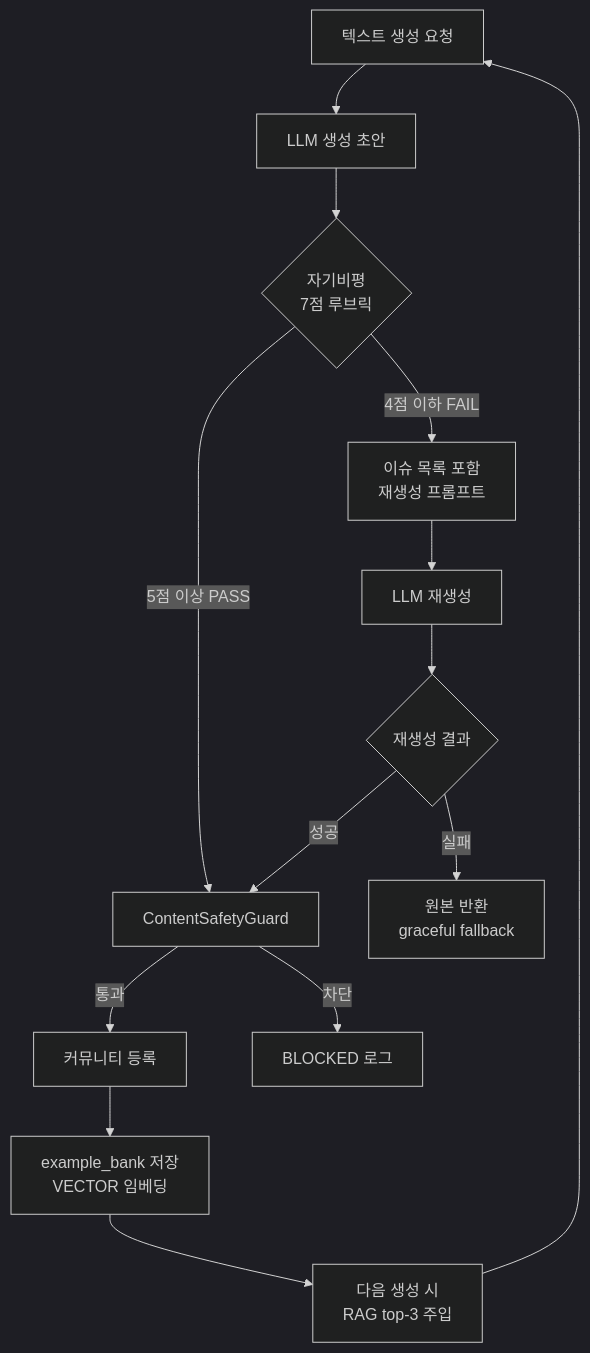
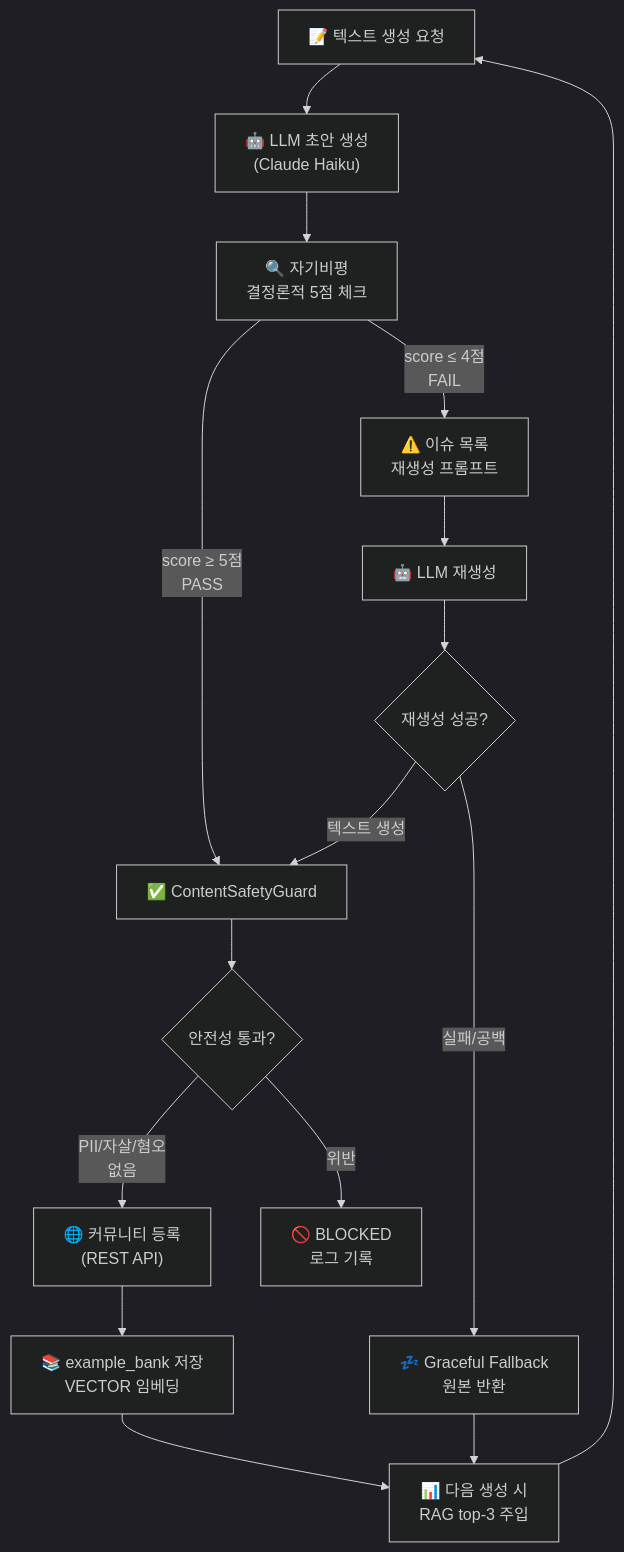
The third of 5 diagrams in ai-user/docs/architecture.md (Justant-source/Again-Spring), drawn with Mermaid (dark theme) before and after one commit. The commit also changed other lines of this file and 45 other files, not shown here.

First line of the commit message:
feat: AI 유저 시스템 — Claude API 연동·prod 오케스트레이터·prod→dev DB 동기화

````diff
--- a/ai-user/docs/architecture.md
+++ b/ai-user/docs/architecture.md
@@ -89,16 +100,18 @@
 ```mermaid
 flowchart TD
-    A[텍스트 생성 요청] --> B[LLM 생성 초안]
-    B --> C{자기비평\n7점 루브릭}
-    C -->|5점 이상 PASS| D[ContentSafetyGuard]
-    C -->|4점 이하 FAIL| E[이슈 목록 포함\n재생성 프롬프트]
-    E --> F[LLM 재생성]
-    F --> G{재생성 결과}
-    G -->|성공| D
-    G -->|실패| H[원본 반환\ngraceful fallback]
-    D -->|통과| I[커뮤니티 등록]
-    D -->|차단| J[BLOCKED 로그]
-    I --> K[example_bank 저장\nVECTOR 임베딩]
-    K --> L[다음 생성 시\nRAG top-3 주입]
-    L --> A
+    A["📝 텍스트 생성 요청"] --> B["🤖 LLM 초안 생성<br/>(Claude Haiku)"]
+    B --> C["🔍 자기비평<br/>결정론적 5점 체크"]
+    C -->|"score ≥ 5점<br/>PASS"| D["✅ ContentSafetyGuard"]
+    C -->|"score ≤ 4점<br/>FAIL"| E["⚠️ 이슈 목록<br/>재생성 프롬프트"]
+    E --> F["🤖 LLM 재생성"]
+    F --> G{재생성 성공?}
+    G -->|"텍스트 생성"| D
+    G -->|"실패/공백"| H["💤 Graceful Fallback<br/>원본 반환"]
+    D --> I{안전성 통과?}
+    I -->|"PII/자살/혐오<br/>없음"| J["🌐 커뮤니티 등록<br/>(REST API)"]
+    I -->|"위반"| K["🚫 BLOCKED<br/>로그 기록"]
+    J --> L["📚 example_bank 저장<br/>VECTOR 임베딩"]
+    H --> M["📊 다음 생성 시<br/>RAG top-3 주입"]
+    L --> M
+    M --> A
 ```
````
